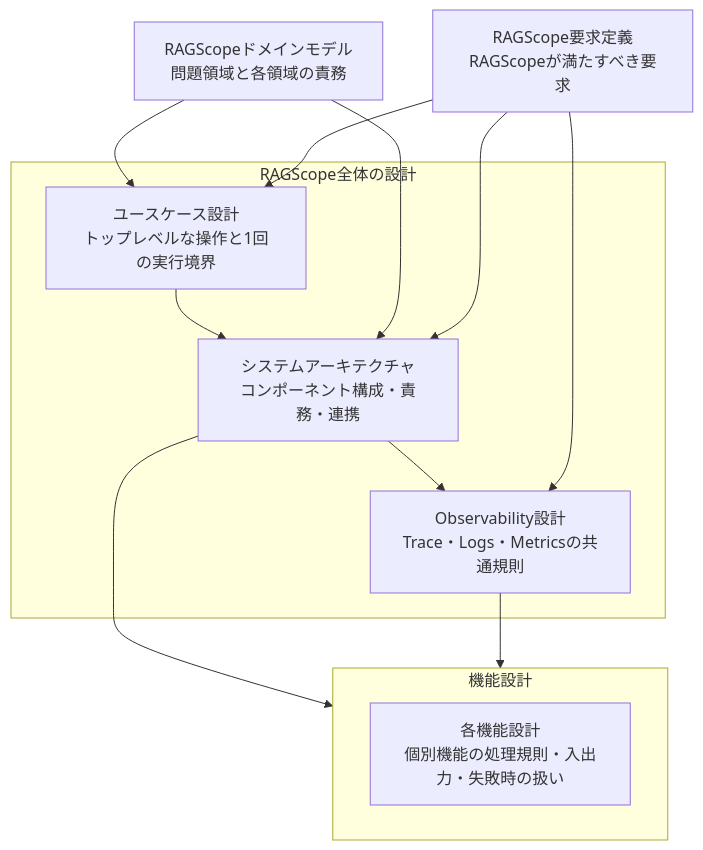
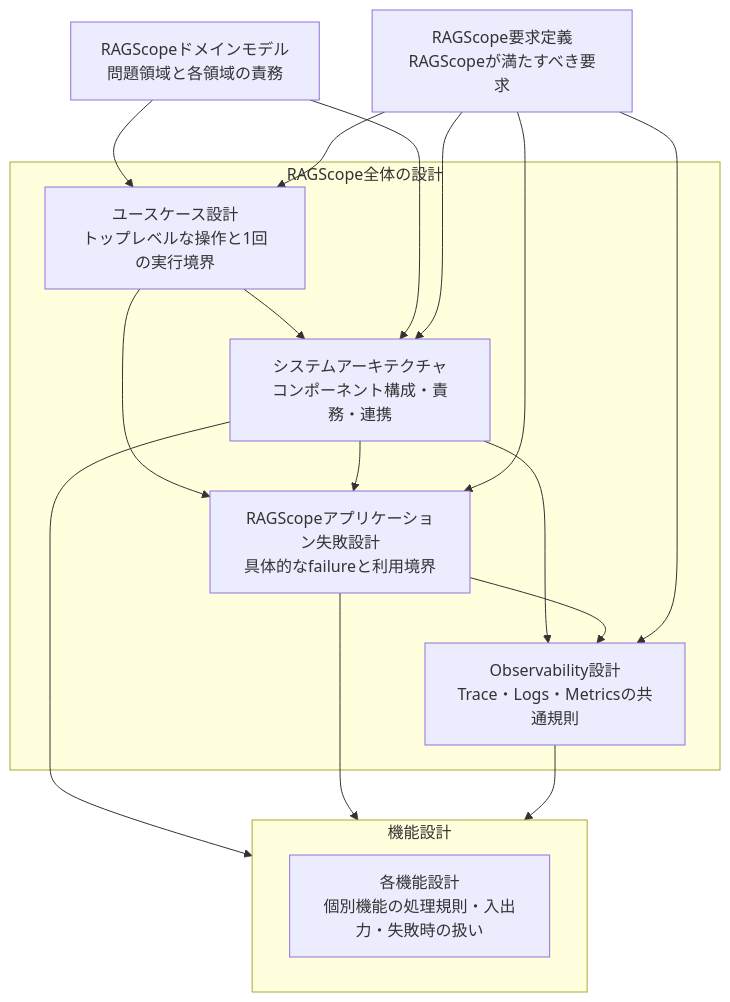
One commit to takashit16833/RAGScope changed the diagram in project-docs/design/README.md. Above: the diagram before and after it, drawn with Mermaid. The commit also changed other lines of this file and 15 other files, not shown here.

````diff
--- a/project-docs/design/README.md
+++ b/project-docs/design/README.md
@@ -20,26 +21,32 @@
 ```mermaid
 flowchart TD
     Domain["RAGScopeドメインモデル<br>問題領域と各領域の責務"]
     Requirements["RAGScope要求定義<br>RAGScopeが満たすべき要求"]
 
     subgraph Core["RAGScope全体の設計"]
         UseCase["ユースケース設計<br>トップレベルな操作と1回の実行境界"]
         Architecture["システムアーキテクチャ<br>コンポーネント構成・責務・連携"]
+        Failure["RAGScopeアプリケーション失敗設計<br>具体的なfailureと利用境界"]
         Observability["Observability設計<br>Trace・Logs・Metricsの共通規則"]
         UseCase --> Architecture
+        UseCase --> Failure
+        Architecture --> Failure
         Architecture --> Observability
+        Failure --> Observability
     end
 
     subgraph Features["機能設計"]
         FeatureDesigns["各機能設計<br>個別機能の処理規則・入出力・失敗時の扱い"]
     end
 
     Domain --> UseCase
     Requirements --> UseCase
     Domain --> Architecture
     Requirements --> Architecture
+    Requirements --> Failure
     Requirements --> Observability
 
     Architecture --> Features
+    Failure --> Features
     Observability --> Features
 ```
````
